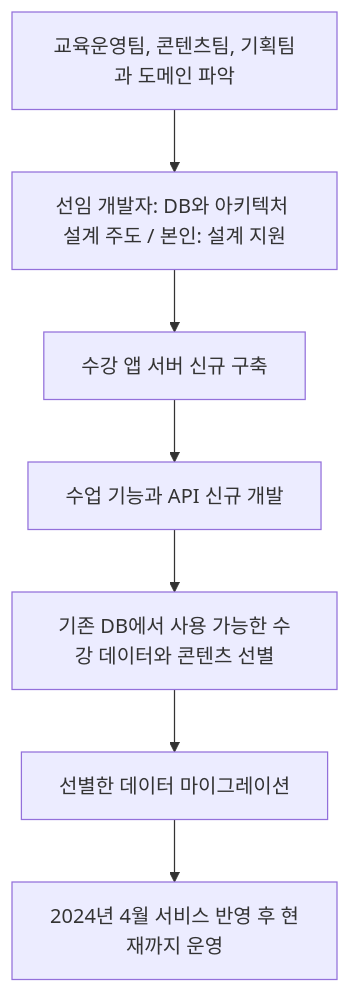
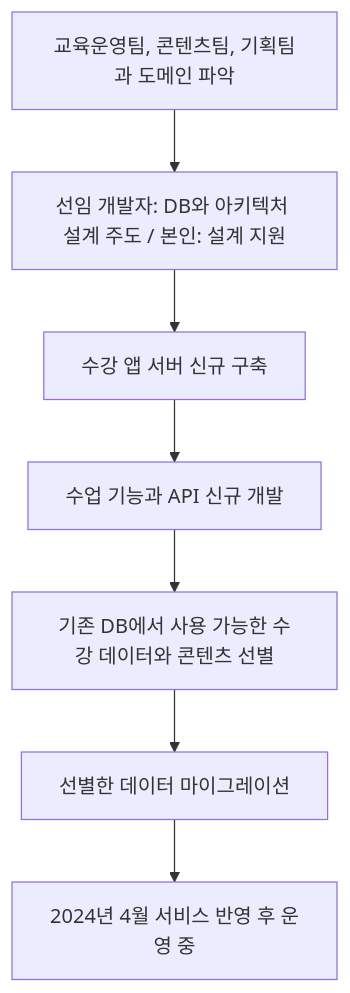
The diagram in projects/education-services/class-app-server.md (KimHG1995/work-history), drawn with Mermaid before and after one commit. The commit also changed other lines of this file, not shown here.

````diff
--- a/projects/education-services/class-app-server.md
+++ b/projects/education-services/class-app-server.md
@@ -47,9 +47,9 @@
 ```mermaid
 flowchart TD
     domain["교육운영팀, 콘텐츠팀, 기획팀과 도메인 파악"] --> architecture["선임 개발자: DB와 아키텍처 설계 주도 / 본인: 설계 지원"]
     architecture --> server["수강 앱 서버 신규 구축"]
     server --> api["수업 기능과 API 신규 개발"]
     api --> select["기존 DB에서 사용 가능한 수강 데이터와 콘텐츠 선별"]
     select --> migrate["선별한 데이터 마이그레이션"]
-    migrate --> operation["2024년 4월 서비스 반영 후 현재까지 운영"]
+    migrate --> operation["2024년 4월 서비스 반영 후 운영 중"]
 ```
````
